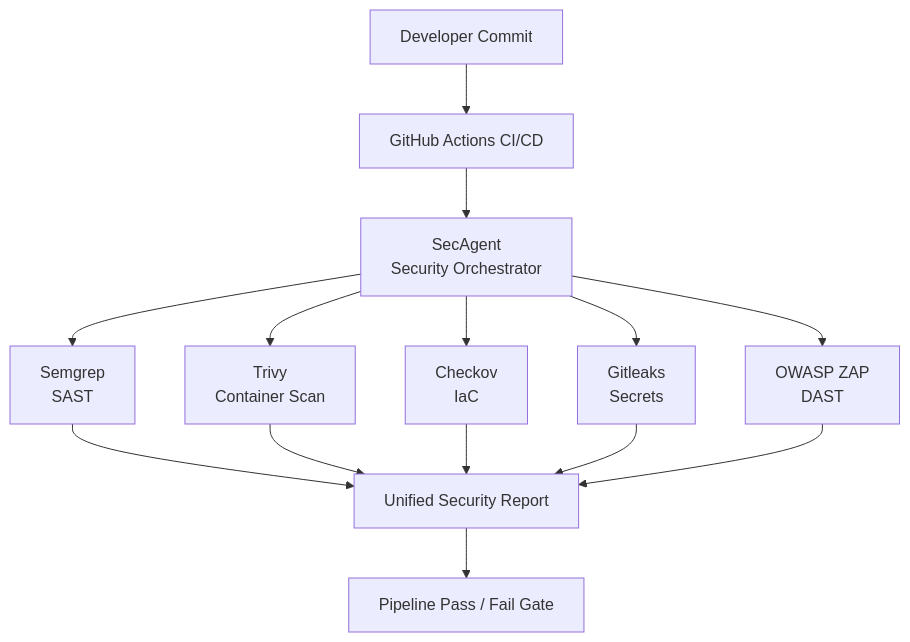
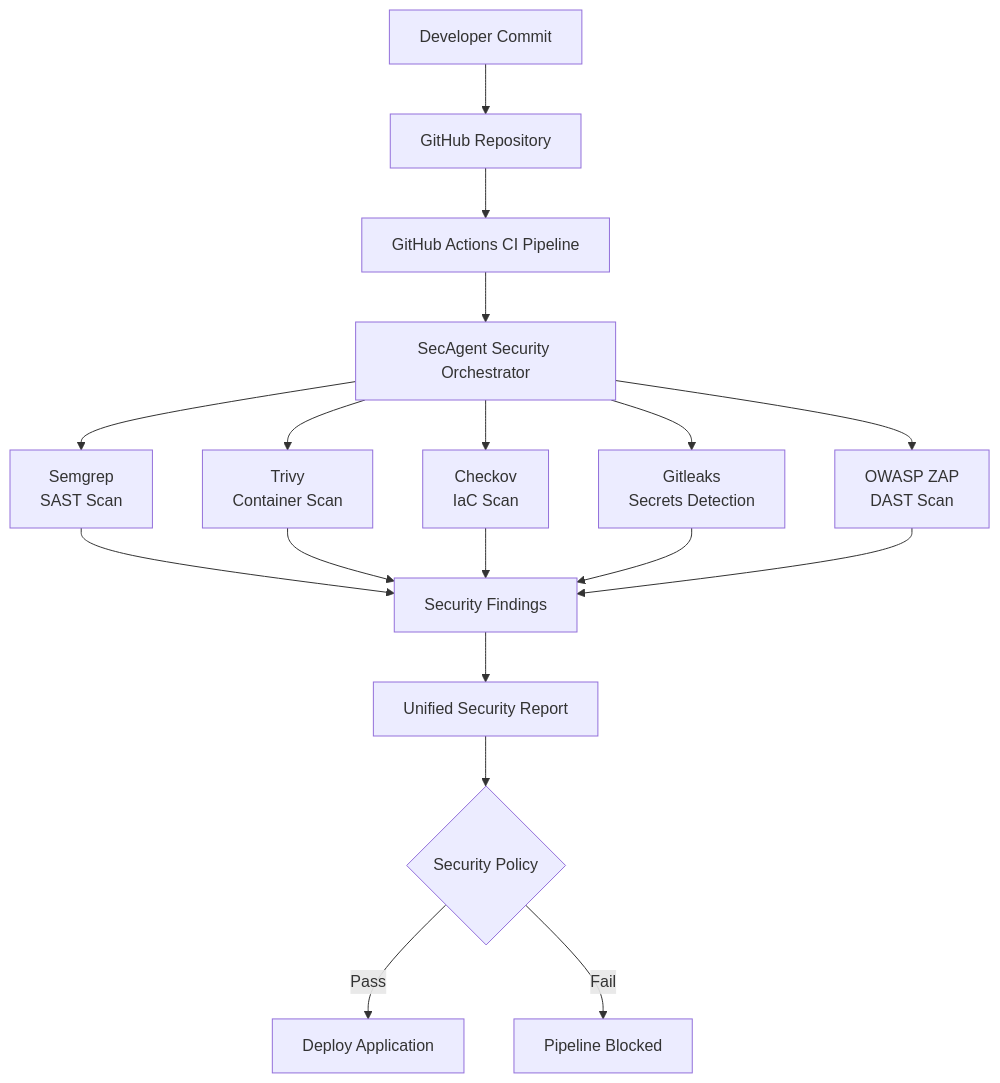
Before and after one commit to SIKANDERKUMBHAR/secagent-devsecops-orchestrator: the diagram in docs/secagent-architecture.mmd, drawn with Mermaid. The commit also changed 2 other files, not shown here.

Commit message:
Update architecture diagram with policy decision flow

```diff
--- a/docs/secagent-architecture.mmd
+++ b/docs/secagent-architecture.mmd
@@ -1,26 +1,26 @@
-flowchart TB
-    DEV[Developer Commit]
-    CI[GitHub Actions CI/CD]
-    ORCH[SecAgent\nSecurity Orchestrator]
+flowchart TD
 
-    SEM[Semgrep\nSAST]
-    TRI[Trivy\nContainer Scan]
-    CHK[Checkov\nIaC]
-    GLK[Gitleaks\nSecrets]
-    ZAP[OWASP ZAP\nDAST]
+    A[Developer Commit] --> B[GitHub Repository]
 
-    REP[Unified Security Report]
-    GATE[Pipeline Pass / Fail Gate]
+    B --> C[GitHub Actions CI Pipeline]
 
-    DEV --> CI --> ORCH
-    ORCH --> SEM
-    ORCH --> TRI
-    ORCH --> CHK
-    ORCH --> GLK
-    ORCH --> ZAP
-    SEM --> REP
-    TRI --> REP
-    CHK --> REP
-    GLK --> REP
-    ZAP --> REP
-    REP --> GATE
+    C --> D[SecAgent Security Orchestrator]
+
+    D --> E[Semgrep<br/>SAST Scan]
+    D --> F[Trivy<br/>Container Scan]
+    D --> G[Checkov<br/>IaC Scan]
+    D --> H[Gitleaks<br/>Secrets Detection]
+    D --> I[OWASP ZAP<br/>DAST Scan]
+
+    E --> J[Security Findings]
+    F --> J
+    G --> J
+    H --> J
+    I --> J
+
+    J --> K[Unified Security Report]
+
+    K --> L{Security Policy}
+
+    L -->|Pass| M[Deploy Application]
+    L -->|Fail| N[Pipeline Blocked]
```
